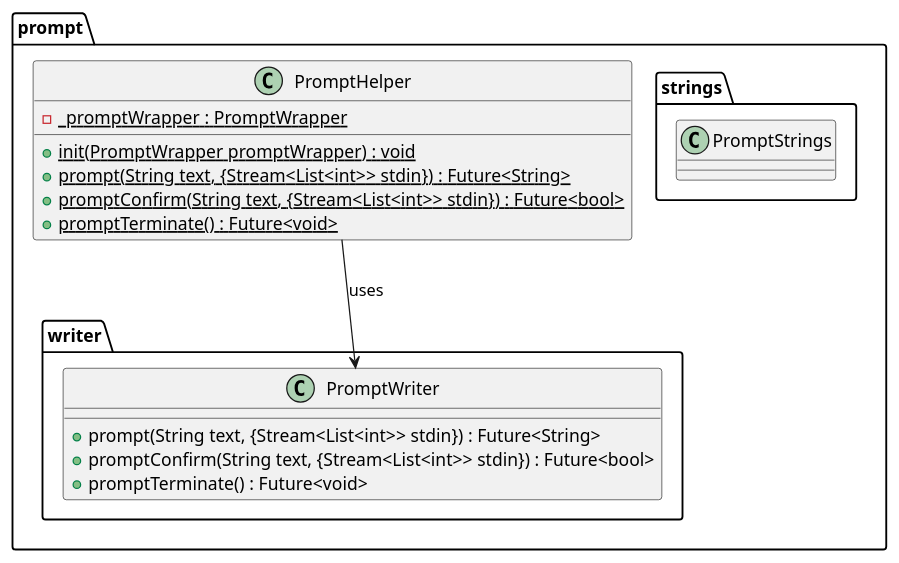
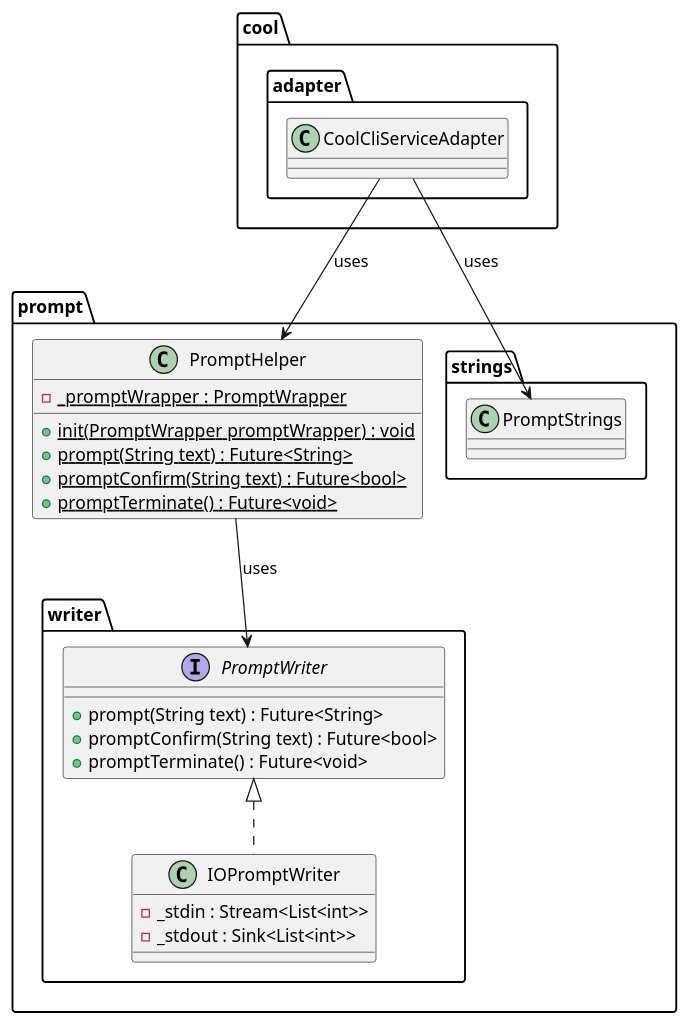
The diagram in metrics/cli/docs/diagrams/prompt_class_diagram.puml (Flank/flank-dashboard), drawn with PlantUML before and after one commit. The commit also changed 12 other files, not shown here.

Commit message:
Metrics CLI design with diagrams.

```diff
--- a/metrics/cli/docs/diagrams/prompt_class_diagram.puml
+++ b/metrics/cli/docs/diagrams/prompt_class_diagram.puml
@@ -1,27 +1,41 @@
 @startuml prompt_class_diagram
 
- package prompt {
+package prompt {
     package writer {
-        class PromptWriter {
-            + prompt(String text, {Stream<List<int>> stdin}) : Future<String>
-            + promptConfirm(String text, {Stream<List<int>> stdin}) : Future<bool>
+        interface PromptWriter {
+            + prompt(String text) : Future<String>
+            + promptConfirm(String text) : Future<bool>
             + promptTerminate() : Future<void>
+        }
+
+        class IOPromptWriter implements PromptWriter{
+            - _stdin : Stream<List<int>>
+            - _stdout : Sink<List<int>>
         }
     }
 
     package strings {
         class PromptStrings{}
     }
 
     class PromptHelper {
         - {static} _promptWrapper : PromptWrapper
         + {static} init(PromptWrapper promptWrapper) : void
-        + {static} prompt(String text, {Stream<List<int>> stdin}) : Future<String>
-        + {static} promptConfirm(String text, {Stream<List<int>> stdin}) : Future<bool>
+        + {static} prompt(String text) : Future<String>
+        + {static} promptConfirm(String text) : Future<bool>
         + {static} promptTerminate() : Future<void>
+    }
+}
+
+package cool.adapter {
+    class CoolCliServiceAdapter {
+
     }
 }
 
 PromptHelper --> PromptWriter : uses
 
+CoolCliServiceAdapter --> PromptHelper : uses
+CoolCliServiceAdapter --> PromptStrings : uses
+
 @enduml
```
